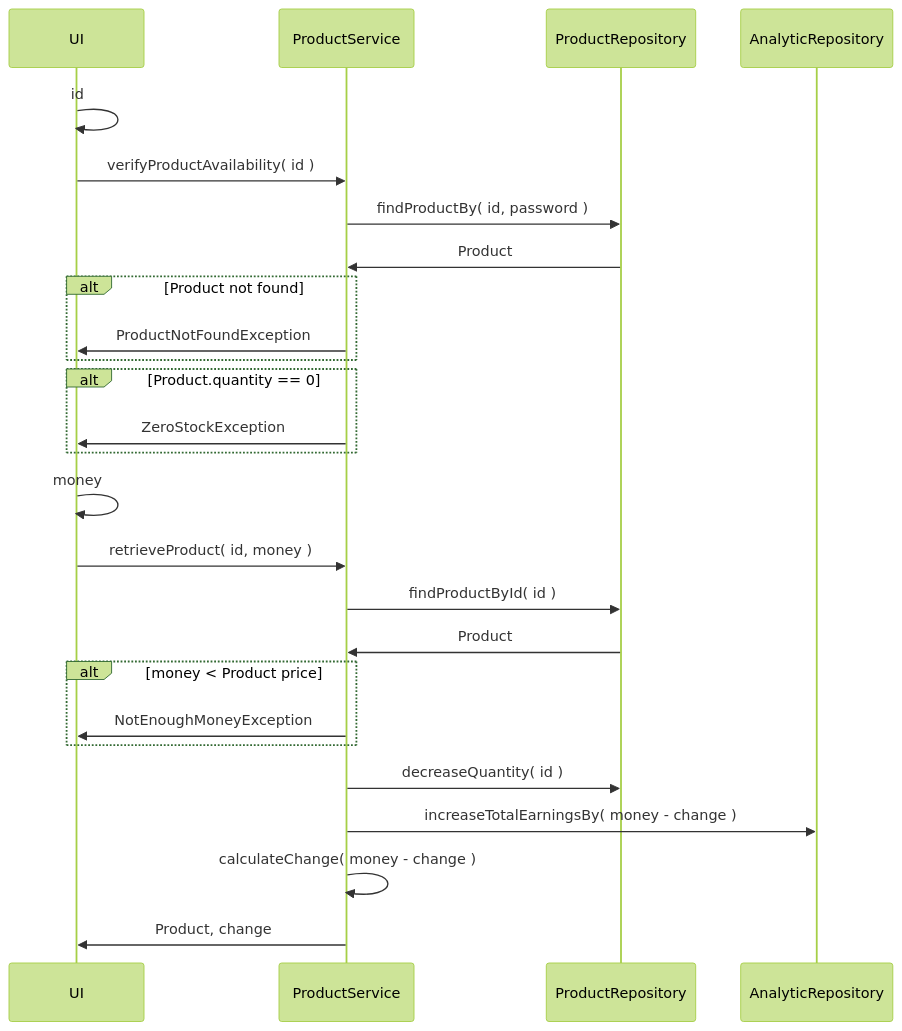
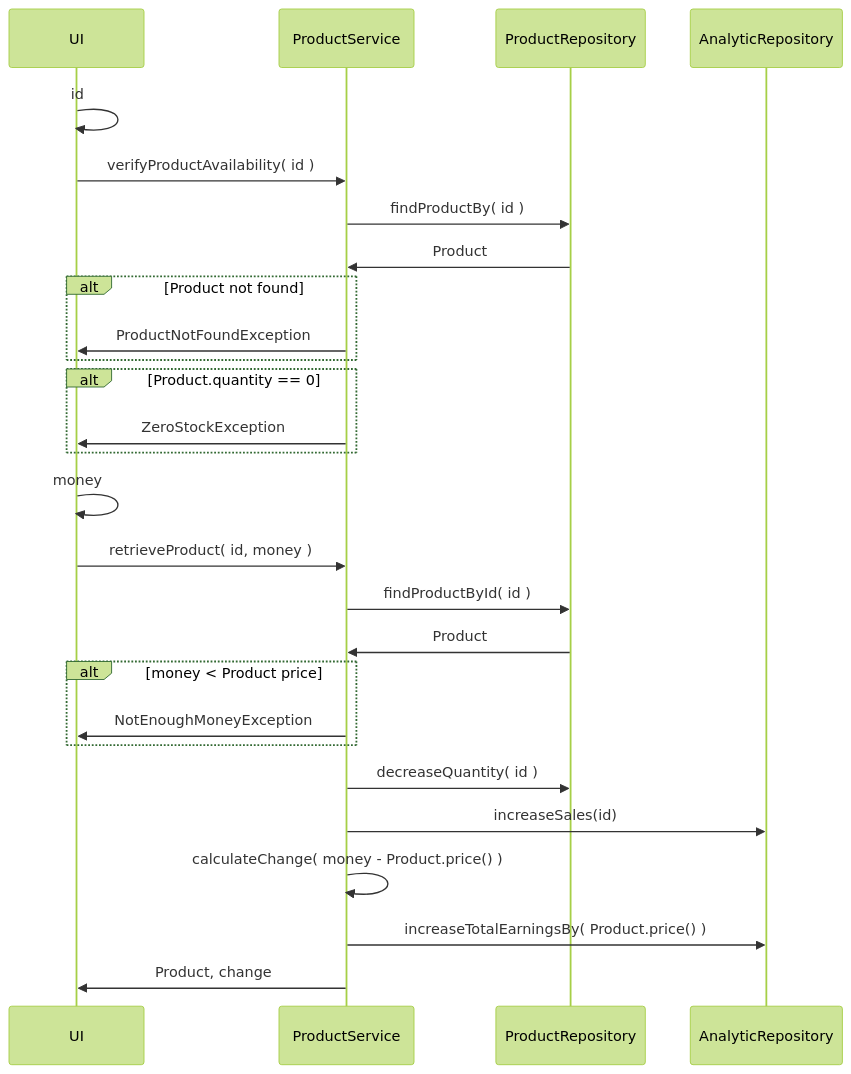
One commit to Apameus/Vending_Machine changed the third of 14 diagrams in README.md. Above: the diagram before and after it, drawn with Mermaid (forest theme). The commit also changed 22 other files, not shown here.

````diff
--- a/README.md
+++ b/README.md
@@ -68,33 +68,34 @@
 ```mermaid
 sequenceDiagram
 participant UI
 participant PS as ProductService
 participant PR as ProductRepository
 participant AR as AnalyticRepository
 
 UI ->> UI: id
 UI ->> PS: verifyProductAvailability( id )
-PS ->> PR: findProductBy( id, password )
+PS ->> PR: findProductBy( id )
 PR ->> PS: Product
         
 alt Product not found
     PS ->> UI: ProductNotFoundException
 end
 alt Product.quantity == 0
     PS ->> UI: ZeroStockException
 end
 UI ->> UI: money
 
 
 UI ->> PS: retrieveProduct( id, money )
 PS ->> PR: findProductById( id )
 PR ->> PS: Product
 alt money < Product price
     PS ->> UI: NotEnoughMoneyException
 end
 
 PS ->> PR: decreaseQuantity( id )
-PS ->> AR: increaseTotalEarningsBy( money - change )
-PS ->> PS: calculateChange( money - change )
+PS ->> AR: increaseSales(id)
+    PS ->> PS: calculateChange( money - Product.price() )
+    PS ->> AR: increaseTotalEarningsBy( Product.price() )
 PS ->> UI: Product, change
 ```
````
